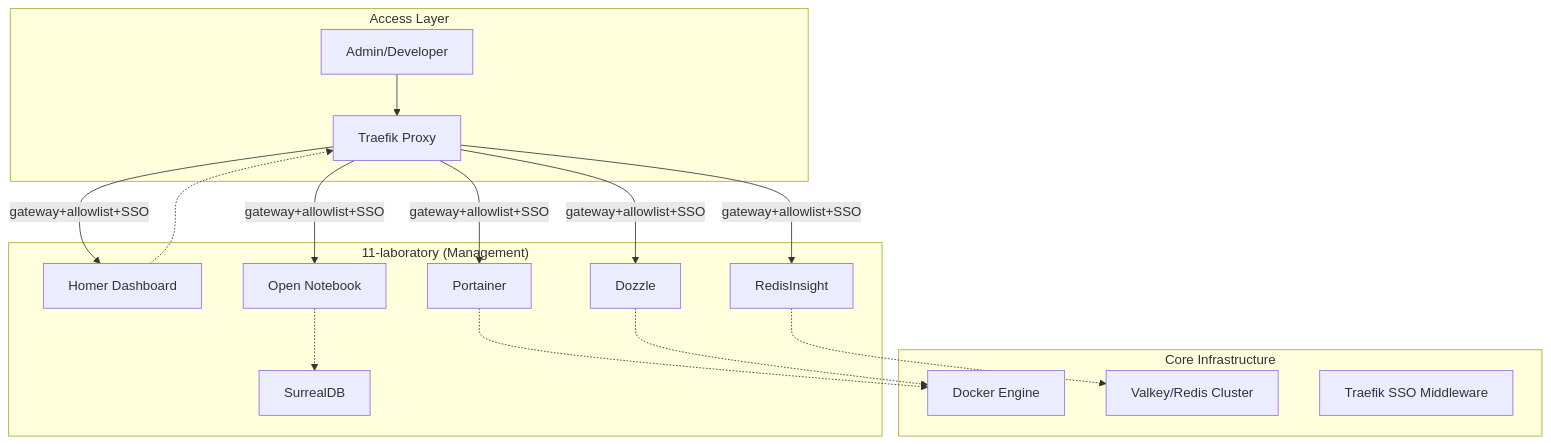
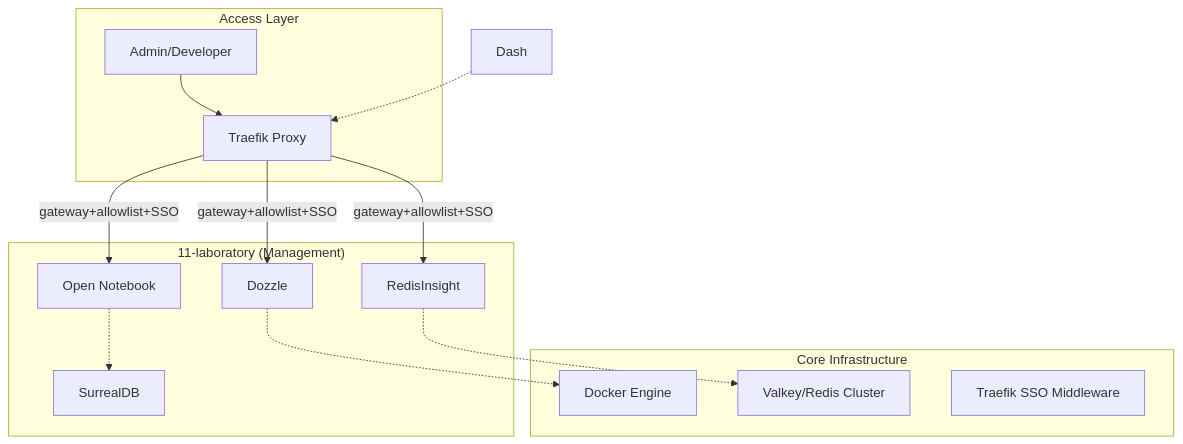
Before and after one commit to buenhyden/hy-home.docker: the diagram in docs/02.architecture/descriptions/0011-laboratory-architecture.md, drawn with Mermaid. The commit also changed other lines of this file and 35 other files, not shown here.

````diff
--- a/docs/02.architecture/descriptions/0011-laboratory-architecture.md
+++ b/docs/02.architecture/descriptions/0011-laboratory-architecture.md
@@ -51,35 +51,30 @@
 ```mermaid
 graph TD
     subgraph "Access Layer"
         User[Admin/Developer]
         TF[Traefik Proxy]
     end
 
     subgraph "11-laboratory (Management)"
-        Dash[Homer Dashboard]
-        Port[Portainer]
         RI[RedisInsight]
         Doz[Dozzle]
         ON[Open Notebook]
         SDB[SurrealDB]
     end
 
     subgraph "Core Infrastructure"
         DockerPool[Docker Engine]
         RedisPool[Valkey/Redis Cluster]
         Auth[Traefik SSO Middleware]
     end
 
     User --> TF
-    TF -- "gateway+allowlist+SSO" --> Dash
-    TF -- "gateway+allowlist+SSO" --> Port
     TF -- "gateway+allowlist+SSO" --> RI
     TF -- "gateway+allowlist+SSO" --> Doz
     TF -- "gateway+allowlist+SSO" --> ON
 
-    Port -.-> DockerPool
     Doz -.-> DockerPool
     RI -.-> RedisPool
     ON -.-> SDB
     Dash -.-> TF
 ```
````
